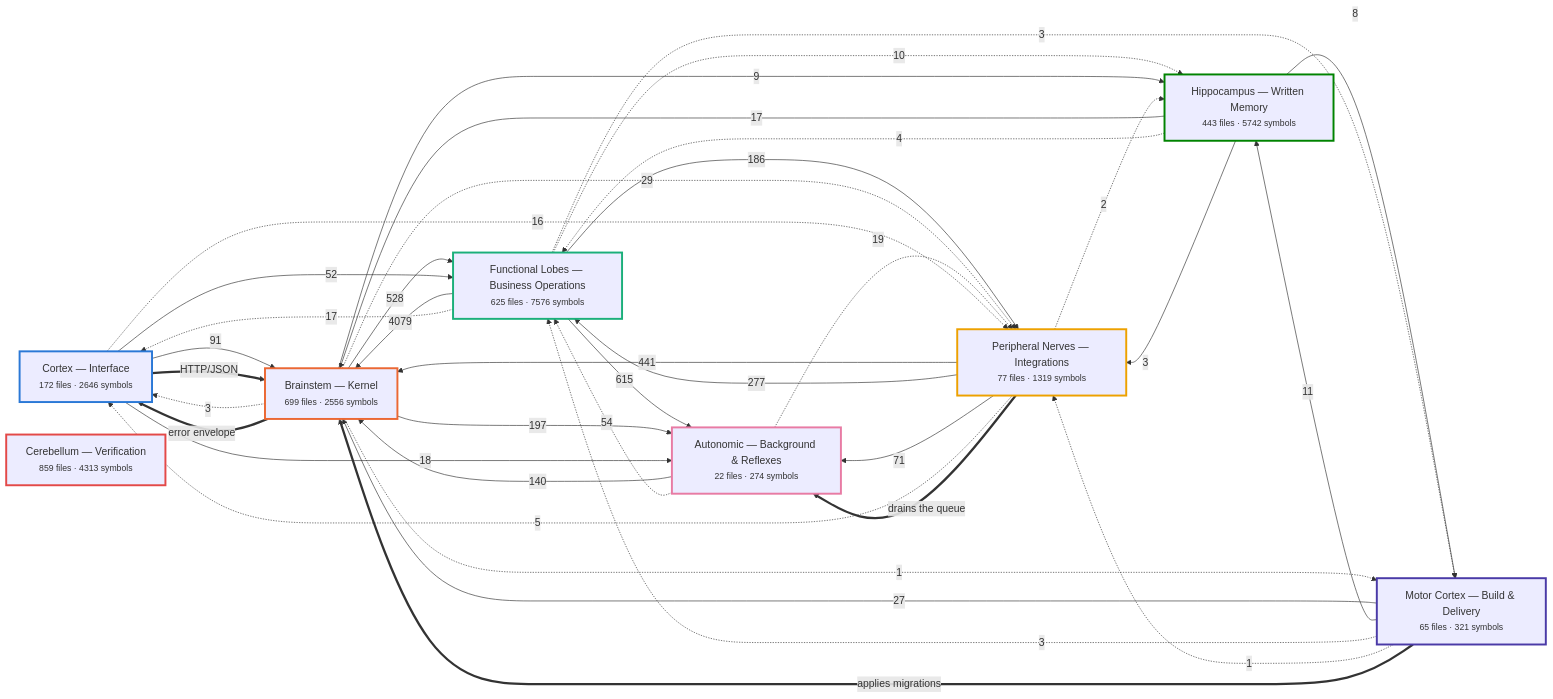
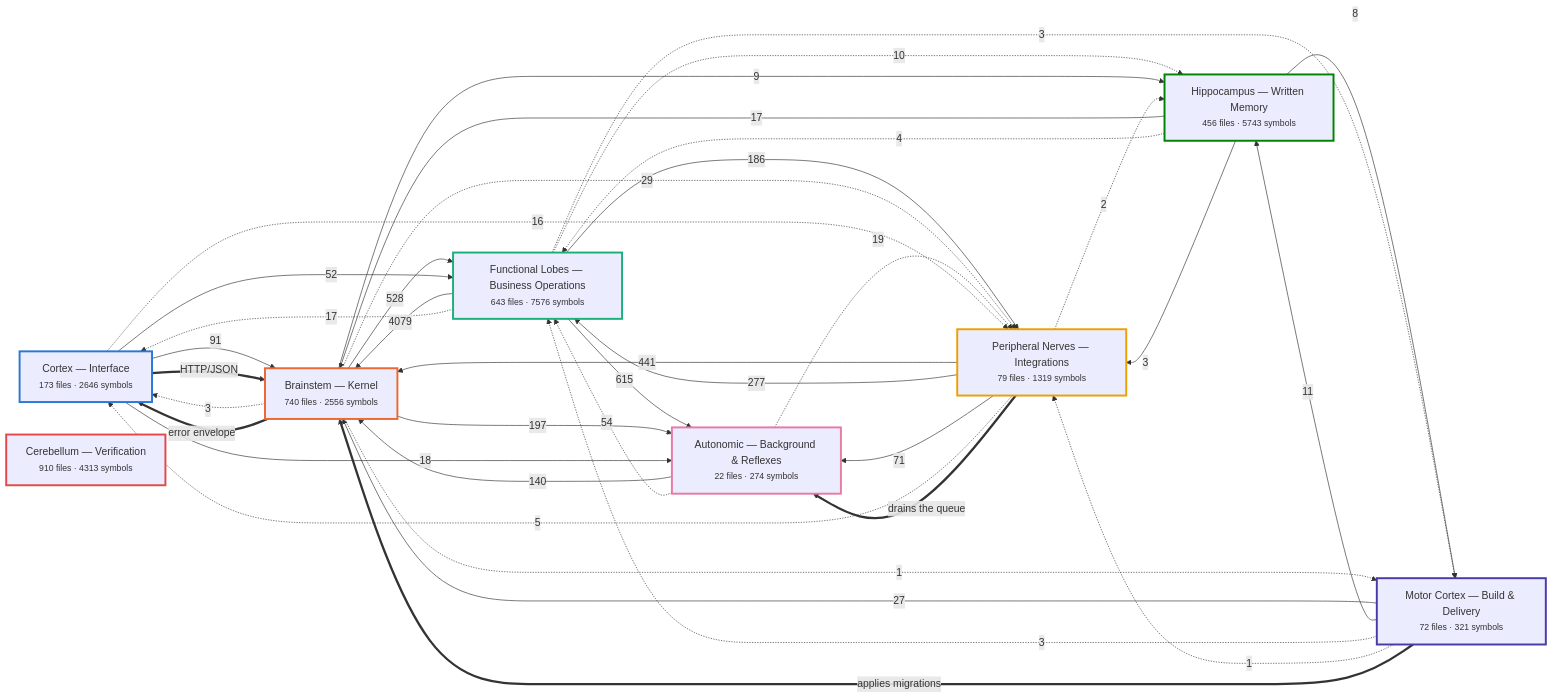
One commit to Vishalnayak226/custom_erp changed the first of 7 diagrams in docs/brain/brain-map.md. Above: the diagram before and after it, drawn with Mermaid. The commit also changed other lines of this file and 558 other files, not shown here.

````diff
--- a/docs/brain/brain-map.md
+++ b/docs/brain/brain-map.md
@@ -35,63 +35,63 @@
 ```mermaid
 flowchart LR
-  n_cortex["Cortex — Interface<br/><small>172 files · 2646 symbols</small>"]
-  n_brainstem["Brainstem — Kernel<br/><small>699 files · 2556 symbols</small>"]
-  n_business["Functional Lobes — Business Operations<br/><small>625 files · 7576 symbols</small>"]
-  n_peripheral["Peripheral Nerves — Integrations<br/><small>77 files · 1319 symbols</small>"]
+  n_cortex["Cortex — Interface<br/><small>173 files · 2646 symbols</small>"]
+  n_brainstem["Brainstem — Kernel<br/><small>740 files · 2556 symbols</small>"]
+  n_business["Functional Lobes — Business Operations<br/><small>643 files · 7576 symbols</small>"]
+  n_peripheral["Peripheral Nerves — Integrations<br/><small>79 files · 1319 symbols</small>"]
   n_autonomic["Autonomic — Background & Reflexes<br/><small>22 files · 274 symbols</small>"]
-  n_memory["Hippocampus — Written Memory<br/><small>443 files · 5742 symbols</small>"]
-  n_motor["Motor Cortex — Build & Delivery<br/><small>65 files · 321 symbols</small>"]
-  n_verification["Cerebellum — Verification<br/><small>859 files · 4313 symbols</small>"]
+  n_memory["Hippocampus — Written Memory<br/><small>456 files · 5743 symbols</small>"]
+  n_motor["Motor Cortex — Build & Delivery<br/><small>72 files · 321 symbols</small>"]
+  n_verification["Cerebellum — Verification<br/><small>910 files · 4313 symbols</small>"]
   n_business -->|4079| n_brainstem
   n_business -->|615| n_autonomic
   n_brainstem -->|528| n_business
   n_peripheral -->|441| n_brainstem
   n_peripheral -->|277| n_business
   n_brainstem -->|197| n_autonomic
   n_business -->|186| n_peripheral
   n_autonomic -->|140| n_brainstem
   n_cortex -->|91| n_brainstem
   n_peripheral -->|71| n_autonomic
   n_autonomic -.->|54| n_business
   n_cortex -->|52| n_business
   n_brainstem -.->|29| n_peripheral
   n_motor -->|27| n_brainstem
   n_autonomic -.->|19| n_peripheral
   n_cortex -->|18| n_autonomic
   n_business -.->|17| n_cortex
   n_memory -->|17| n_brainstem
   n_cortex -.->|16| n_peripheral
   n_motor -->|11| n_memory
   n_business -.->|10| n_memory
   n_brainstem -->|9| n_memory
   n_memory -->|8| n_motor
   n_peripheral -.->|5| n_cortex
   n_memory -.->|4| n_business
   n_brainstem -.->|3| n_cortex
   n_business -.->|3| n_motor
   n_memory -->|3| n_peripheral
   n_motor -.->|3| n_business
   n_peripheral -.->|2| n_memory
   n_brainstem -.->|1| n_motor
   n_motor -.->|1| n_peripheral
   n_brainstem ==>|error envelope| n_cortex
   n_cortex ==>|HTTP/JSON| n_brainstem
   n_motor ==>|applies migrations| n_brainstem
   n_peripheral ==>|drains the queue| n_autonomic
   classDef n_cortex stroke:#2a78d6,stroke-width:3px;
   class n_cortex n_cortex;
   classDef n_brainstem stroke:#eb6834,stroke-width:3px;
   class n_brainstem n_brainstem;
   classDef n_business stroke:#1baf7a,stroke-width:3px;
   class n_business n_business;
   classDef n_peripheral stroke:#eda100,stroke-width:3px;
   class n_peripheral n_peripheral;
   classDef n_autonomic stroke:#e87ba4,stroke-width:3px;
   class n_autonomic n_autonomic;
   classDef n_memory stroke:#008300,stroke-width:3px;
   class n_memory n_memory;
   classDef n_motor stroke:#4a3aa7,stroke-width:3px;
   class n_motor n_motor;
   classDef n_verification stroke:#e34948,stroke-width:3px;
   class n_verification n_verification;
 ```
````
